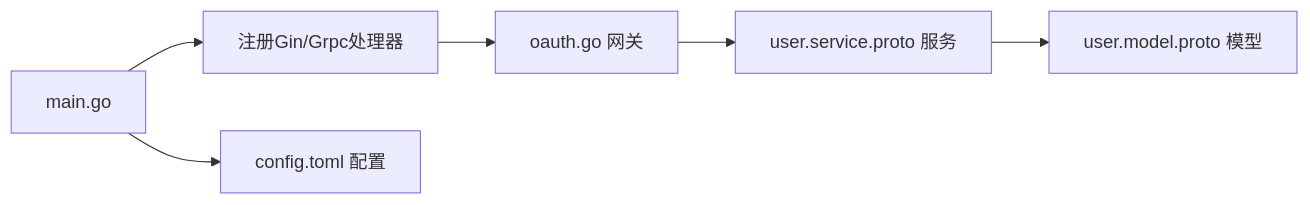
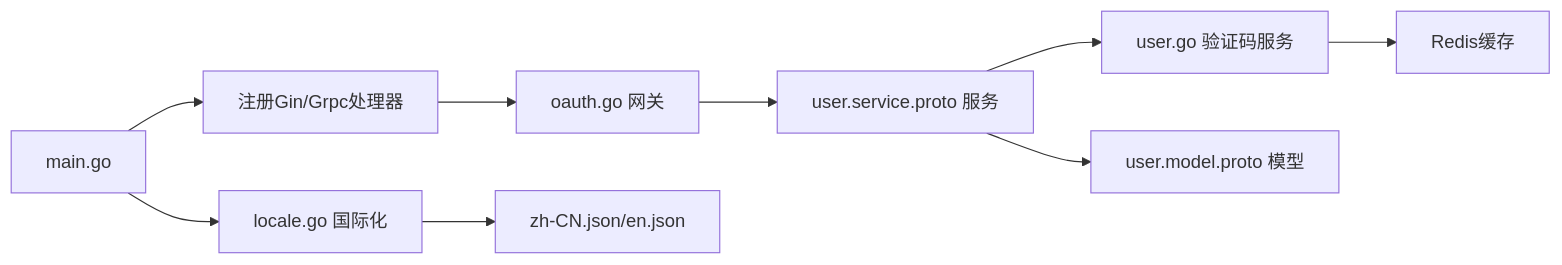
The seventh of 7 diagrams in .qoder/repowiki/zh/content/API参考/用户服务API/认证授权API.md (liov/hoper), drawn with Mermaid before and after one commit. The commit also changed other lines of this file and 49 other files, not shown here.

````diff
--- a/.qoder/repowiki/zh/content/API参考/用户服务API/认证授权API.md
+++ b/.qoder/repowiki/zh/content/API参考/用户服务API/认证授权API.md
@@ -319,8 +482,11 @@
 ```mermaid
 graph LR
 MAIN["main.go"] --> REG["注册Gin/Grpc处理器"]
 REG --> GW["oauth.go 网关"]
 GW --> SVC["user.service.proto 服务"]
+SVC --> VERIFICATION["user.go 验证码服务"]
+VERIFICATION --> REDIS["Redis缓存"]
 SVC --> MODEL["user.model.proto 模型"]
-MAIN --> CFG["config.toml 配置"]
+MAIN --> LOCALE["locale.go 国际化"]
+LOCALE --> I18N["zh-CN.json/en.json"]
 ```
````
